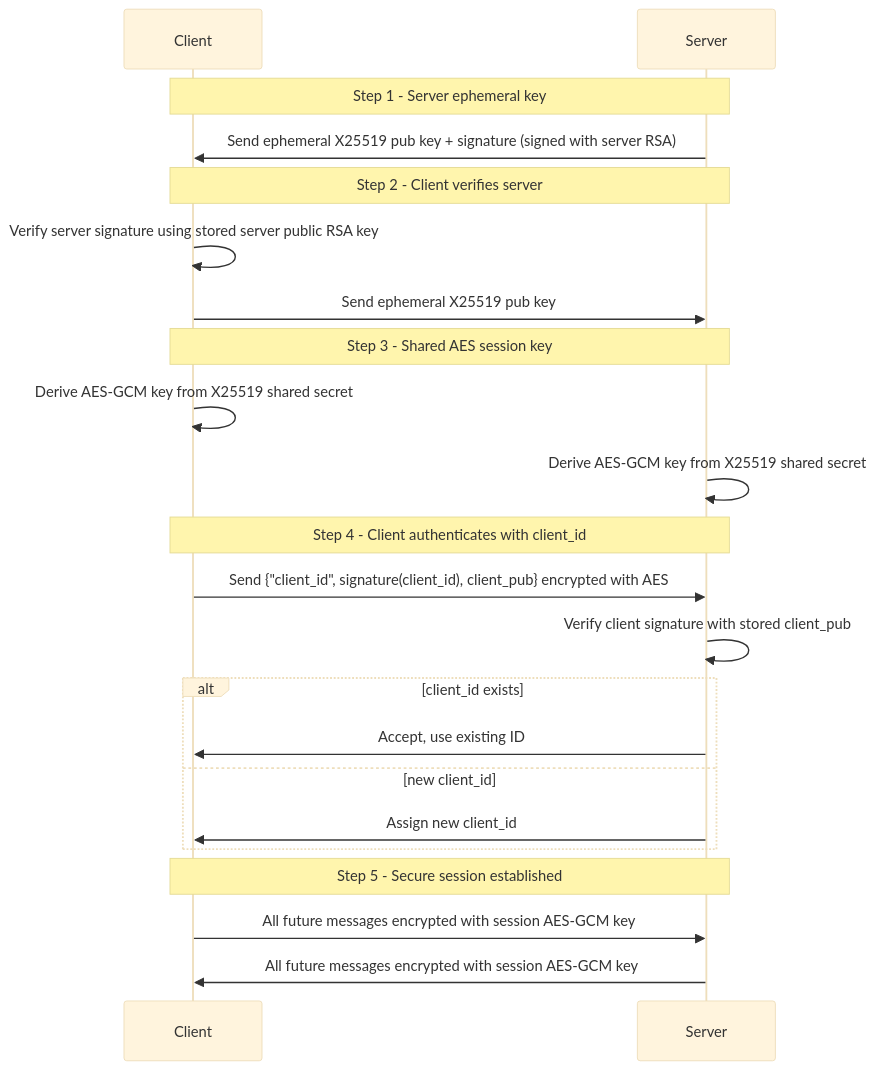
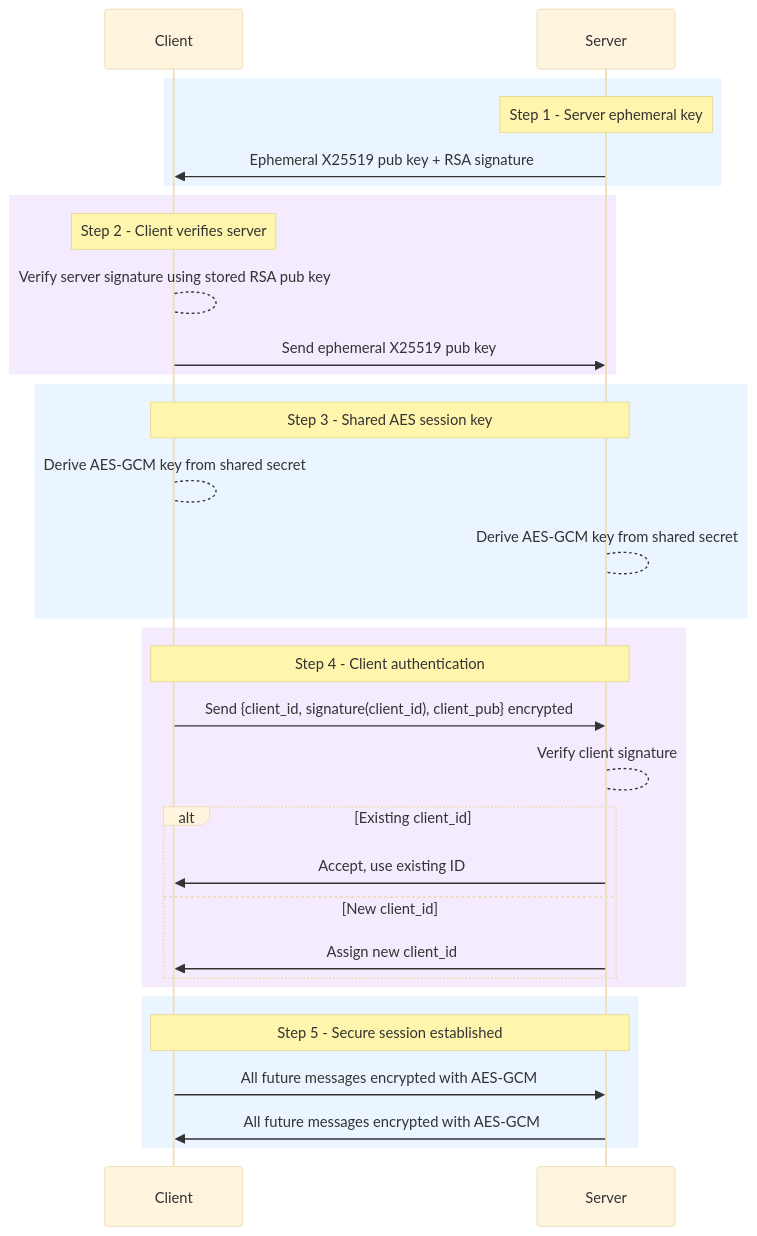
One commit to lorenzoamantea1/ShieldChat changed the diagram in README.md. Above: the diagram before and after it, drawn with Mermaid (base theme). The commit also changed other lines of this file, not shown here.

````diff
--- a/README.md
+++ b/README.md
@@ -32,30 +34,39 @@
 ```mermaid
 sequenceDiagram
     participant Client
     participant Server
 
-    Note over Client,Server: Step 1 - Server ephemeral key
-    Server->>Client: Send ephemeral X25519 pub key + signature (signed with server RSA)
-    
-    Note over Client,Server: Step 2 - Client verifies server
-    Client->>Client: Verify server signature using stored server public RSA key
-    Client->>Server: Send ephemeral X25519 pub key
-
-    Note over Client,Server: Step 3 - Shared AES session key
-    Client->>Client: Derive AES-GCM key from X25519 shared secret
-    Server->>Server: Derive AES-GCM key from X25519 shared secret
-
-    Note over Client,Server: Step 4 - Client authenticates with client_id
-    Client->>Server: Send {"client_id", signature(client_id), client_pub} encrypted with AES
-    Server->>Server: Verify client signature with stored client_pub
-    alt client_id exists
-        Server->>Client: Accept, use existing ID
-    else new client_id
-        Server->>Client: Assign new client_id
+    rect rgb(235, 245, 255)
+        Note over Server: Step 1 - Server ephemeral key
+        Server->>Client: Ephemeral X25519 pub key + RSA signature
     end
 
-    Note over Client,Server: Step 5 - Secure session established
-    Client->>Server: All future messages encrypted with session AES-GCM key
-    Server->>Client: All future messages encrypted with session AES-GCM key
+    rect rgb(245, 235, 255)
+        Note over Client: Step 2 - Client verifies server
+        Client-->Client: Verify server signature using stored RSA pub key
+        Client->>Server: Send ephemeral X25519 pub key
+    end
 
+    rect rgb(235, 245, 255)
+        Note over Client,Server: Step 3 - Shared AES session key
+        Client-->Client: Derive AES-GCM key from shared secret
+        Server-->Server: Derive AES-GCM key from shared secret
+    end
+
+    rect rgb(245, 235, 255)
+        Note over Client,Server: Step 4 - Client authentication
+        Client->>Server: Send {client_id, signature(client_id), client_pub} encrypted
+        Server-->Server: Verify client signature
+        alt Existing client_id
+            Server->>Client: Accept, use existing ID
+        else New client_id
+            Server->>Client: Assign new client_id
+        end
+    end
+
+    rect rgb(235, 245, 255)
+        Note over Client,Server: Step 5 - Secure session established
+        Client->>Server: All future messages encrypted with AES-GCM
+        Server->>Client: All future messages encrypted with AES-GCM
+    end
 ```
````
